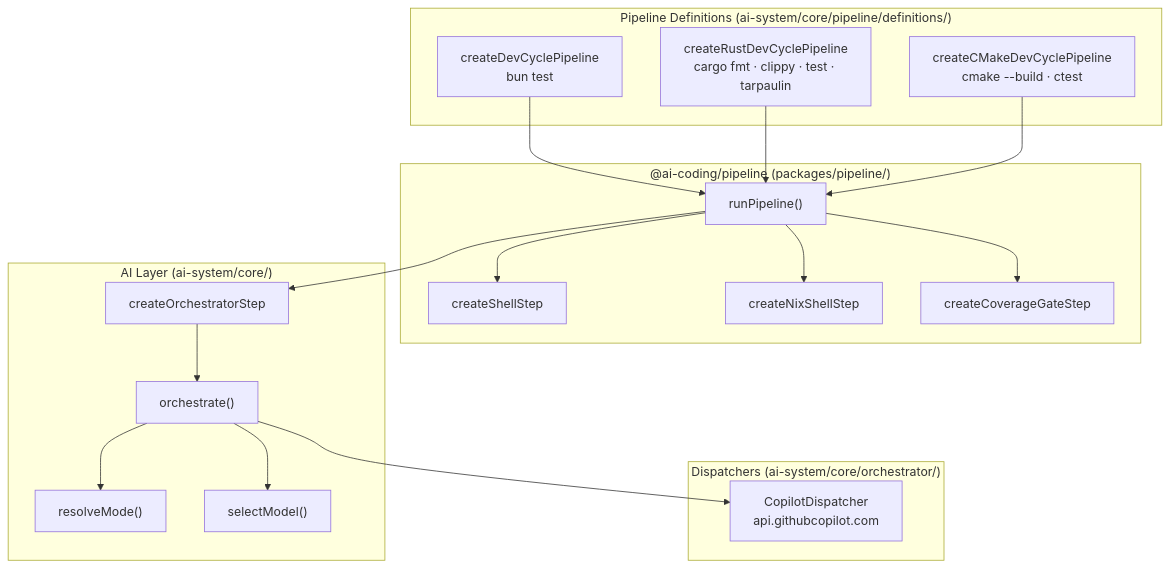
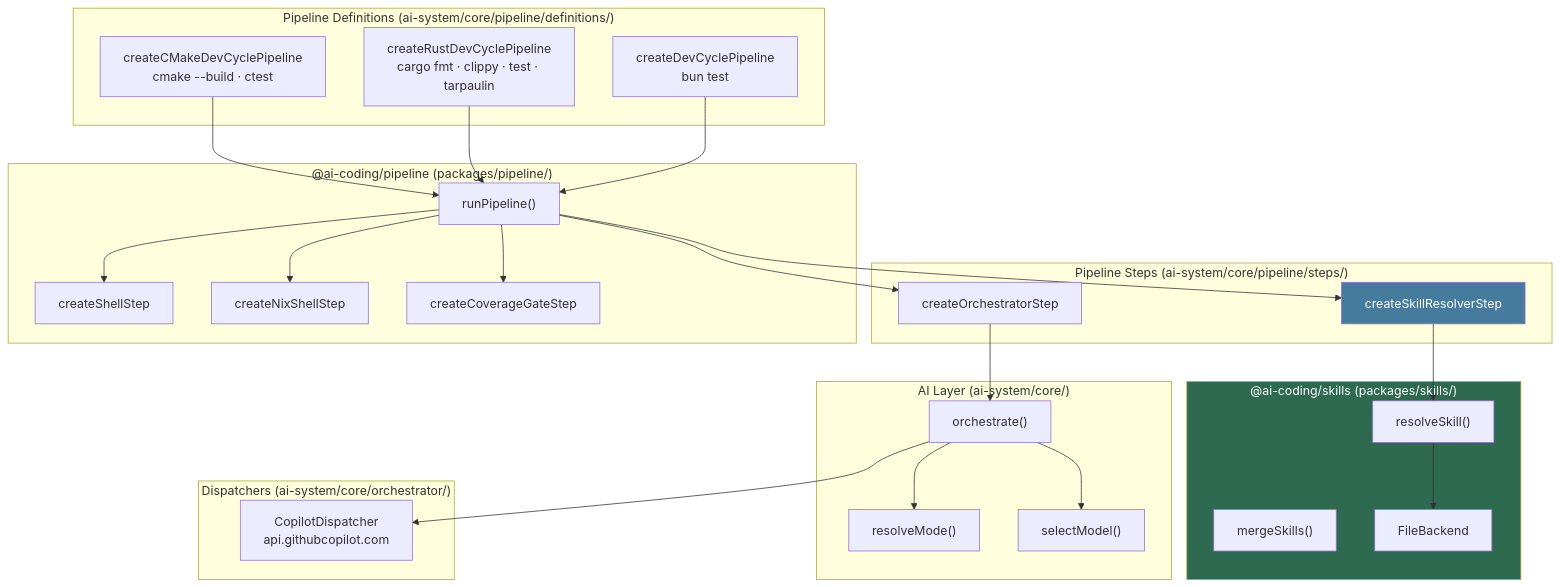
One commit to vansweej/ai-coding changed the first of 3 diagrams in docs/architecture.md. Above: the diagram before and after it, drawn with Mermaid. The commit also changed other lines of this file and 28 other files, not shown here.

First line of the commit message:
feat: add @ai-coding/skills package with file-based backend (Phase 1)

````diff
--- a/docs/architecture.md
+++ b/docs/architecture.md
@@ -15,40 +15,57 @@
 ```mermaid
 graph TD
     subgraph Definitions["Pipeline Definitions (ai-system/core/pipeline/definitions/)"]
         TSDev["createDevCyclePipeline\nbun test"]
         RustDev["createRustDevCyclePipeline\ncargo fmt · clippy · test · tarpaulin"]
         CMakeDev["createCMakeDevCyclePipeline\ncmake --build · ctest"]
+    end
+
+    subgraph PipelineSteps["Pipeline Steps (ai-system/core/pipeline/steps/)"]
+        OrcStep["createOrchestratorStep"]
+        SkillStep["createSkillResolverStep"]
+    end
+
+    subgraph SkillsPkg["@ai-coding/skills (packages/skills/)"]
+        ResolveSkill["resolveSkill()"]
+        MergeSkills["mergeSkills()"]
+        FileBack["FileBackend"]
     end
 
     subgraph PipelinePkg["@ai-coding/pipeline (packages/pipeline/)"]
         Runner["runPipeline()"]
         ShellStep["createShellStep"]
         NixStep["createNixShellStep"]
         CoverageGate["createCoverageGateStep"]
     end
 
     subgraph AILayer["AI Layer (ai-system/core/)"]
-        OrcStep["createOrchestratorStep"]
         Orchestrator["orchestrate()"]
         ModeRouter["resolveMode()"]
         ModelRouter["selectModel()"]
     end
 
     subgraph Dispatchers["Dispatchers (ai-system/core/orchestrator/)"]
         Copilot["CopilotDispatcher\napi.githubcopilot.com"]
     end
 
     TSDev --> Runner
     RustDev --> Runner
     CMakeDev --> Runner
 
     Runner --> OrcStep
+    Runner --> SkillStep
     Runner --> ShellStep
     Runner --> NixStep
     Runner --> CoverageGate
+
+    SkillStep --> ResolveSkill
+    ResolveSkill --> FileBack
 
     OrcStep --> Orchestrator
     Orchestrator --> ModeRouter
     Orchestrator --> ModelRouter
     Orchestrator --> Copilot
+
+    style SkillsPkg fill:#2d6a4f,color:#fff
+    style SkillStep fill:#457b9d,color:#fff
 ```
````
